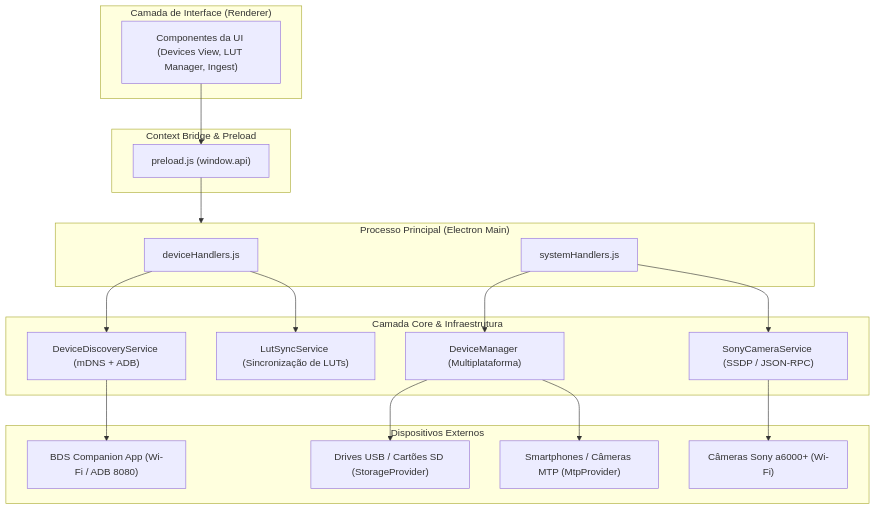
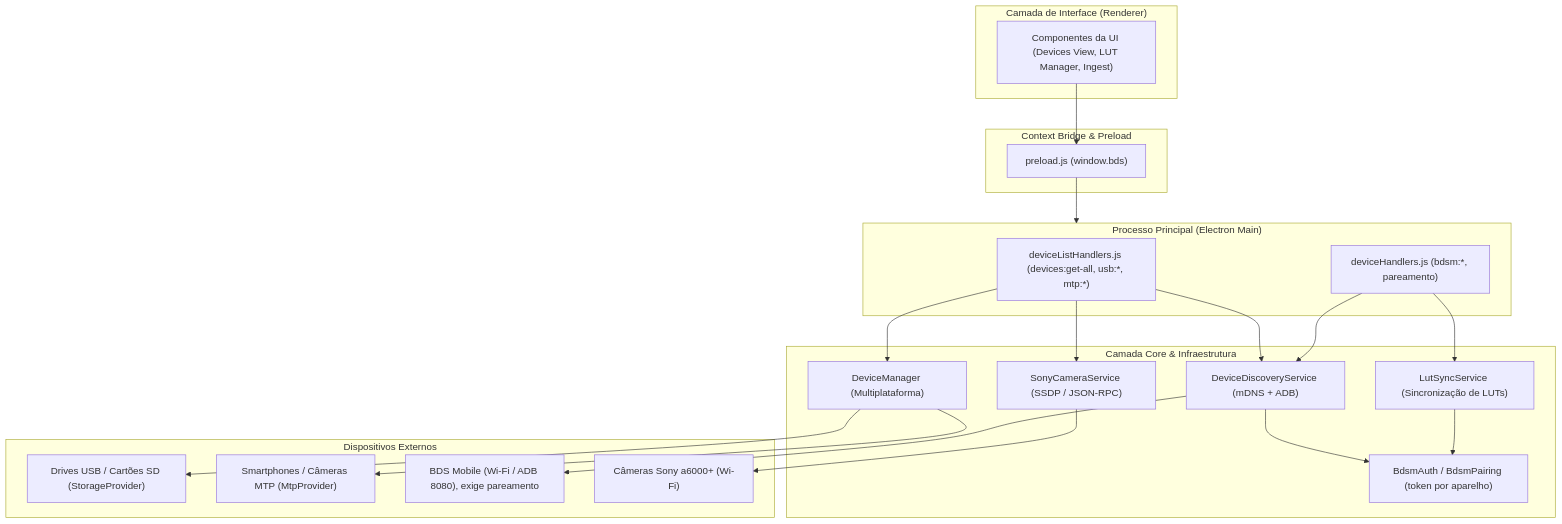
One commit to MauroBragaFilho/Braga_Digital_Studio changed the diagram in .docs/API_CONEXAO_DISPOSITIVOS.md. Above: the diagram before and after it, drawn with Mermaid. The commit also changed other lines of this file and 289 other files, not shown here.

````diff
--- a/.docs/API_CONEXAO_DISPOSITIVOS.md
+++ b/.docs/API_CONEXAO_DISPOSITIVOS.md
@@ -27,37 +27,40 @@
 ```mermaid
 flowchart TB
     subgraph UI ["Camada de Interface (Renderer)"]
         UIComp["Componentes da UI (Devices View, LUT Manager, Ingest)"]
     end
 
     subgraph Bridge ["Context Bridge & Preload"]
-        Preload["preload.js (window.api)"]
+        Preload["preload.js (window.bds)"]
     end
 
     subgraph IPC ["Processo Principal (Electron Main)"]
-        DeviceHandlers["deviceHandlers.js"]
-        SystemHandlers["systemHandlers.js"]
+        DeviceListHandlers["deviceListHandlers.js (devices:get-all, usb:*, mtp:*)"]
+        DeviceHandlers["deviceHandlers.js (bdsm:*, pareamento)"]
     end
 
     subgraph Core ["Camada Core & Infraestrutura"]
         DM["DeviceManager (Multiplataforma)"]
         DDS["DeviceDiscoveryService (mDNS + ADB)"]
+        Auth["BdsmAuth / BdsmPairing (token por aparelho)"]
         Sony["SonyCameraService (SSDP / JSON-RPC)"]
         LutSync["LutSyncService (Sincronização de LUTs)"]
     end
 
     subgraph Hardware ["Dispositivos Externos"]
         USB["Drives USB / Cartões SD (StorageProvider)"]
         MTP["Smartphones / Câmeras MTP (MtpProvider)"]
-        BDSM["BDS Companion App (Wi-Fi / ADB 8080)"]
+        BDSM["BDS Mobile (Wi-Fi / ADB 8080), exige pareamento"]
         SonyCam["Câmeras Sony a6000+ (Wi-Fi)"]
     end
 
     UIComp --> Preload
     Preload --> IPC
     DeviceHandlers --> DDS & LutSync
-    SystemHandlers --> DM & Sony
+    DeviceListHandlers --> DM & DDS & Sony
     DM --> USB & MTP
     DDS --> BDSM
+    LutSync --> Auth
+    DDS --> Auth
     Sony --> SonyCam
 ```
````
